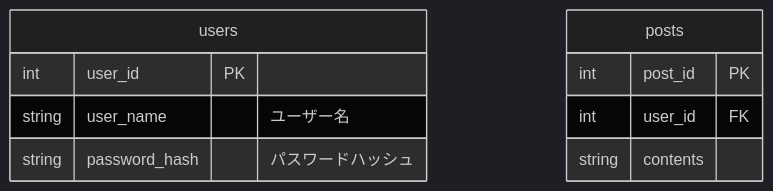
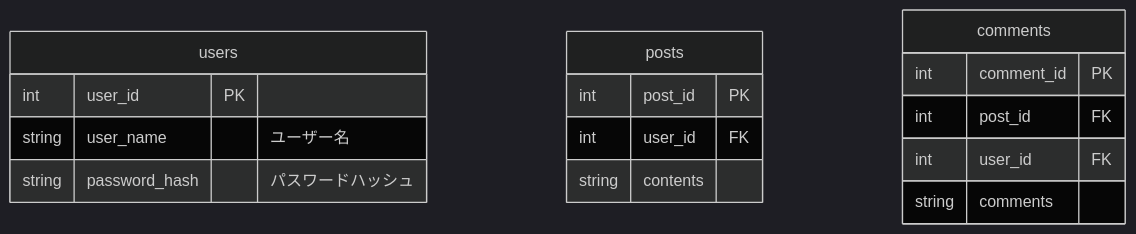
Before and after one commit to yuta3003/HackHub: the first of 4 diagrams in README.md, drawn with Mermaid (dark theme). The commit also changed other lines of this file, not shown here.

Commit message:
:memo: テーブル定義の作成

````diff
--- a/README.md
+++ b/README.md
@@ -3,14 +3,21 @@
 ```mermaid
 erDiagram
   users {
     int user_id PK
     string user_name "ユーザー名"
-	string password_hash "パスワードハッシュ"
+	  string password_hash "パスワードハッシュ"
   }
 
   posts {
-	int post_id PK
-	int user_id FK
-	string contents
+	  int post_id PK
+	  int user_id FK
+	  string contents
+  }
+
+  comments {
+    int comment_id PK
+    int post_id FK
+    int user_id FK
+    string comments
   }
 ```
````
